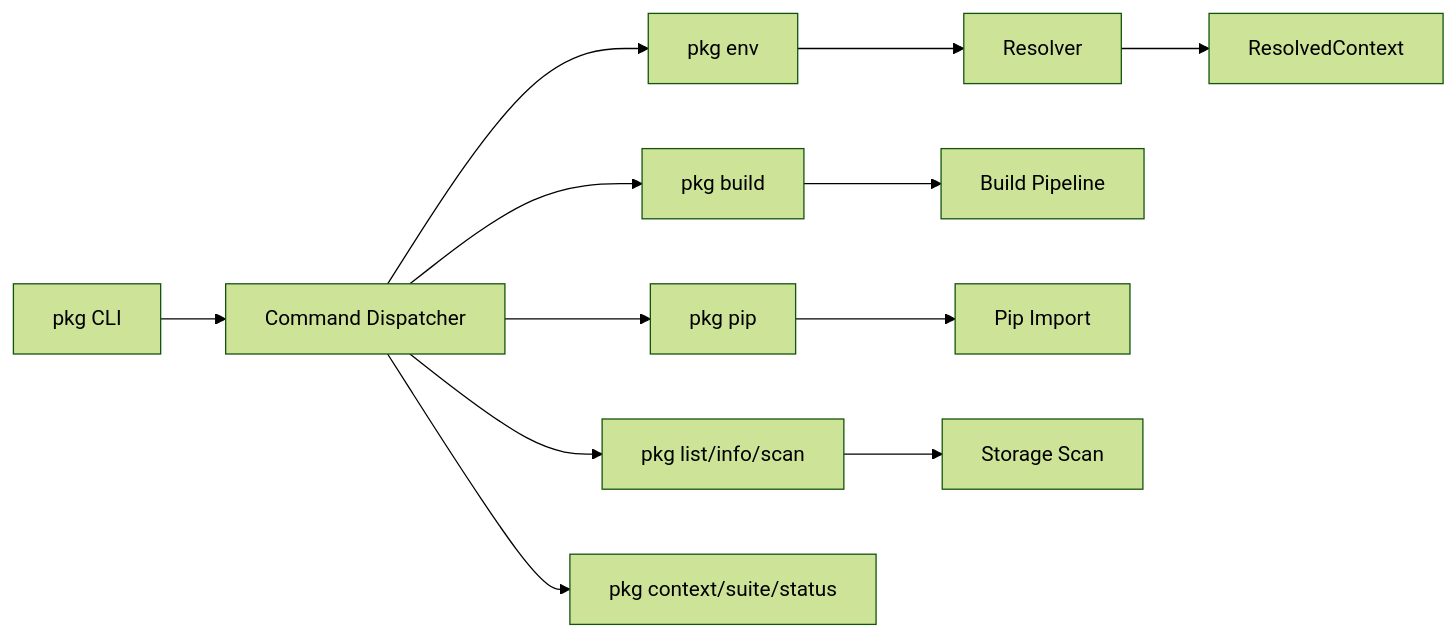
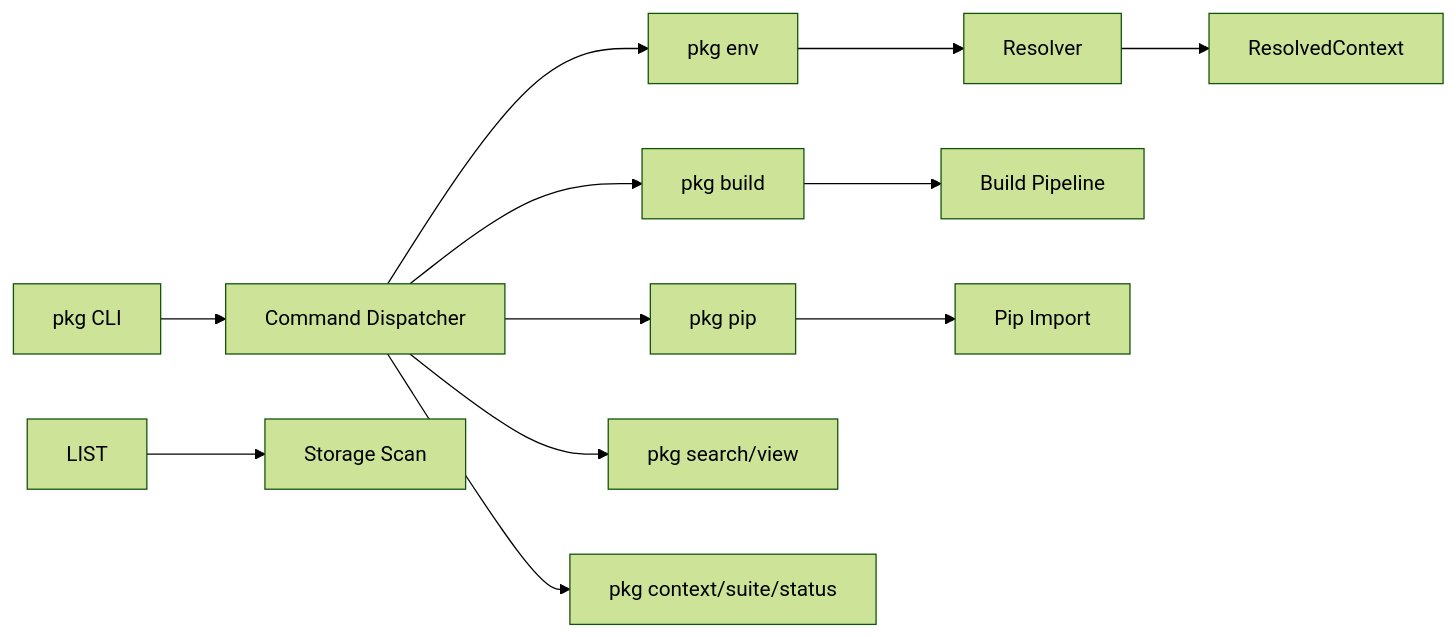
The third of 10 diagrams in DIAGRAMS.md (ssoj13/pkg-rs), drawn with Mermaid (forest theme) before and after one commit. The commit also changed 594 other files, not shown here.

````diff
--- a/DIAGRAMS.md
+++ b/DIAGRAMS.md
@@ -25,16 +25,16 @@
 ```mermaid
 flowchart LR
     CLI[pkg CLI] --> CMD[Command Dispatcher]
     CMD --> ENV[pkg env]
     CMD --> BUILD[pkg build]
     CMD --> PIP[pkg pip]
-    CMD --> LIST[pkg list/info/scan]
+    CMD --> SEARCH[pkg search/view]
     CMD --> CTX[pkg context/suite/status]
 
     ENV --> RESOLVE[Resolver]
     RESOLVE --> CTXOBJ[ResolvedContext]
 
     BUILD --> BUILDPIPE[Build Pipeline]
     PIP --> PIPPIPE[Pip Import]
     LIST --> STORAGE[Storage Scan]
 ```
````
